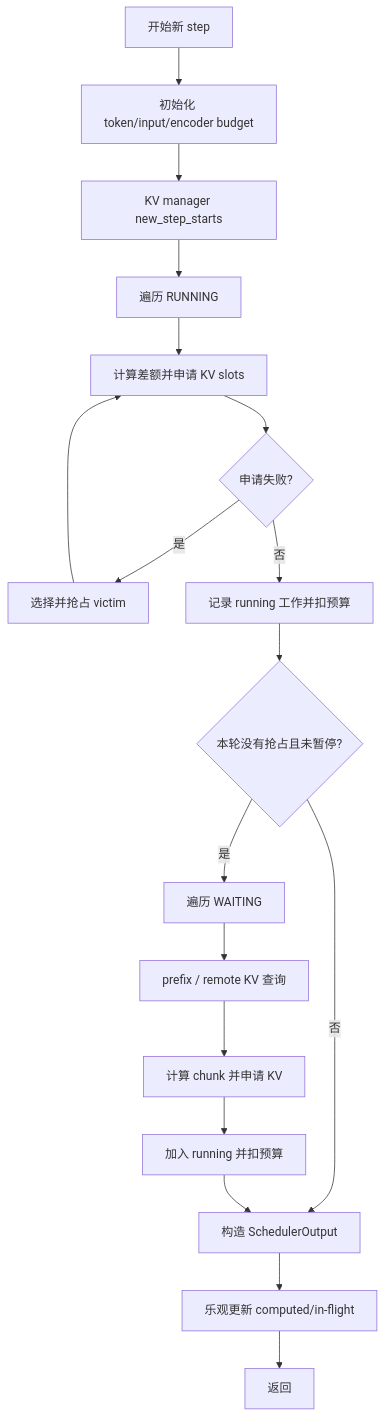
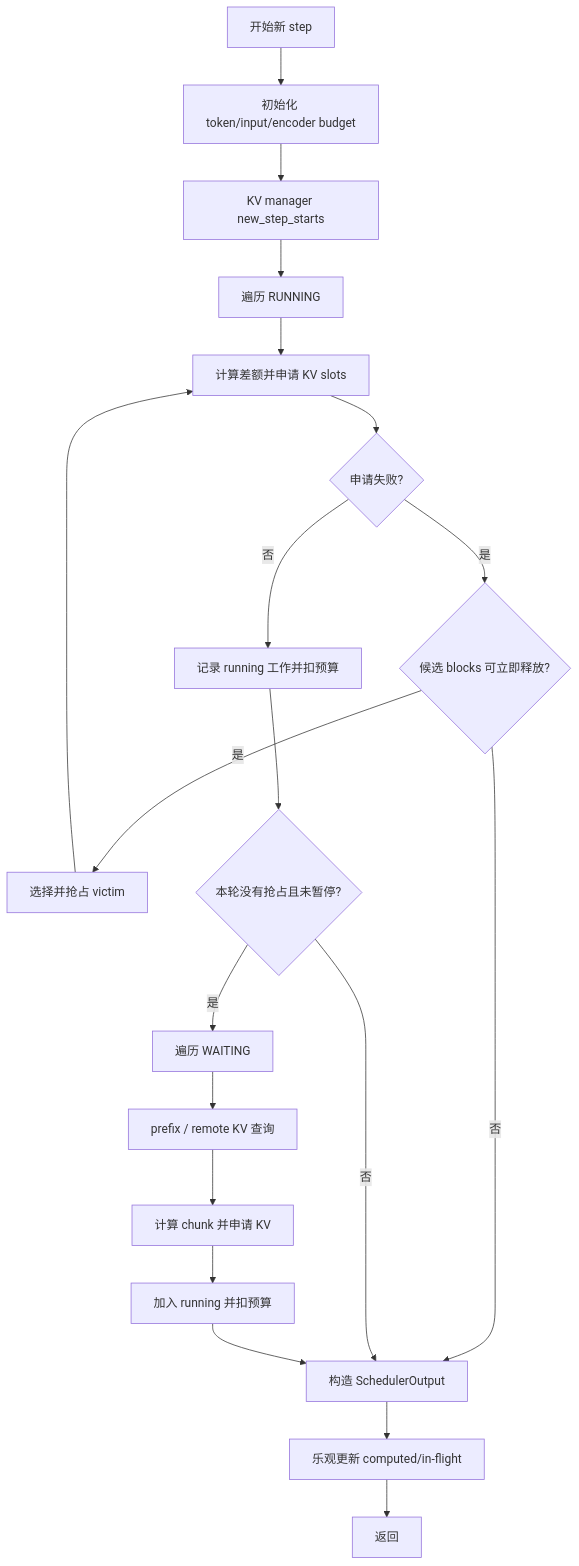
One commit to cluster1900/vllm_reader changed the eighth of 26 diagrams in book/04-scheduler/README.md. Above: the diagram before and after it, drawn with Mermaid. The commit also changed other lines of this file and 26 other files, not shown here.

````diff
--- a/book/04-scheduler/README.md
+++ b/book/04-scheduler/README.md
@@ -476,20 +482,22 @@
 ```mermaid
 flowchart TB
     START[开始新 step] --> INIT[初始化 token/input/encoder budget]
     INIT --> KVSTEP[KV manager new_step_starts]
     KVSTEP --> RUN[遍历 RUNNING]
     RUN --> RALLOC[计算差额并申请 KV slots]
     RALLOC --> RPRE{申请失败?}
-    RPRE -->|是| VICTIM[选择并抢占 victim]
+    RPRE -->|是| SAFE{候选 blocks 可立即释放?}
+    SAFE -->|是| VICTIM[选择并抢占 victim]
+    SAFE -->|否| BUILD
     VICTIM --> RALLOC
     RPRE -->|否| RREC[记录 running 工作并扣预算]
     RREC --> WAITCOND{本轮没有抢占且未暂停?}
     WAITCOND -->|是| WAIT[遍历 WAITING]
     WAIT --> PREFIX[prefix / remote KV 查询]
     PREFIX --> WALLOC[计算 chunk 并申请 KV]
     WALLOC --> ADMIT[加入 running 并扣预算]
     WAITCOND -->|否| BUILD[跳过新准入]
     ADMIT --> BUILD[构造 SchedulerOutput]
     BUILD --> OPT[乐观更新 computed/in-flight]
     OPT --> END[返回]
 ```
````
